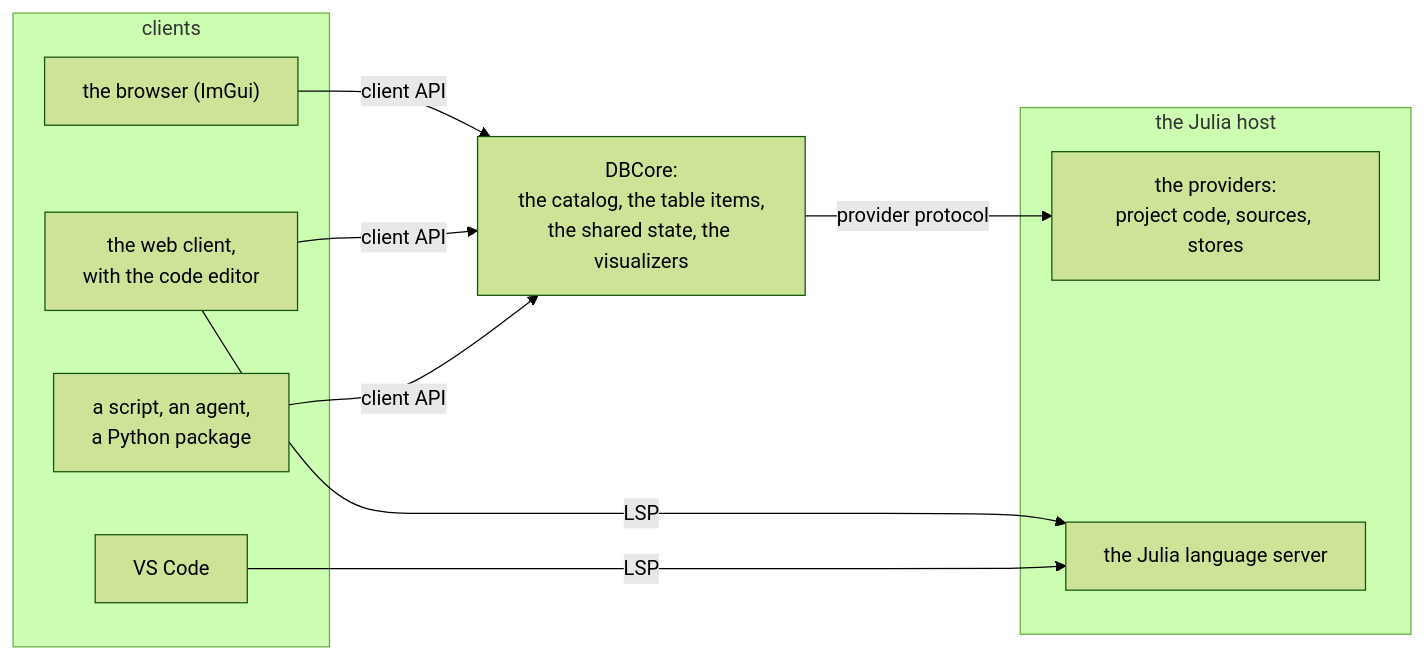
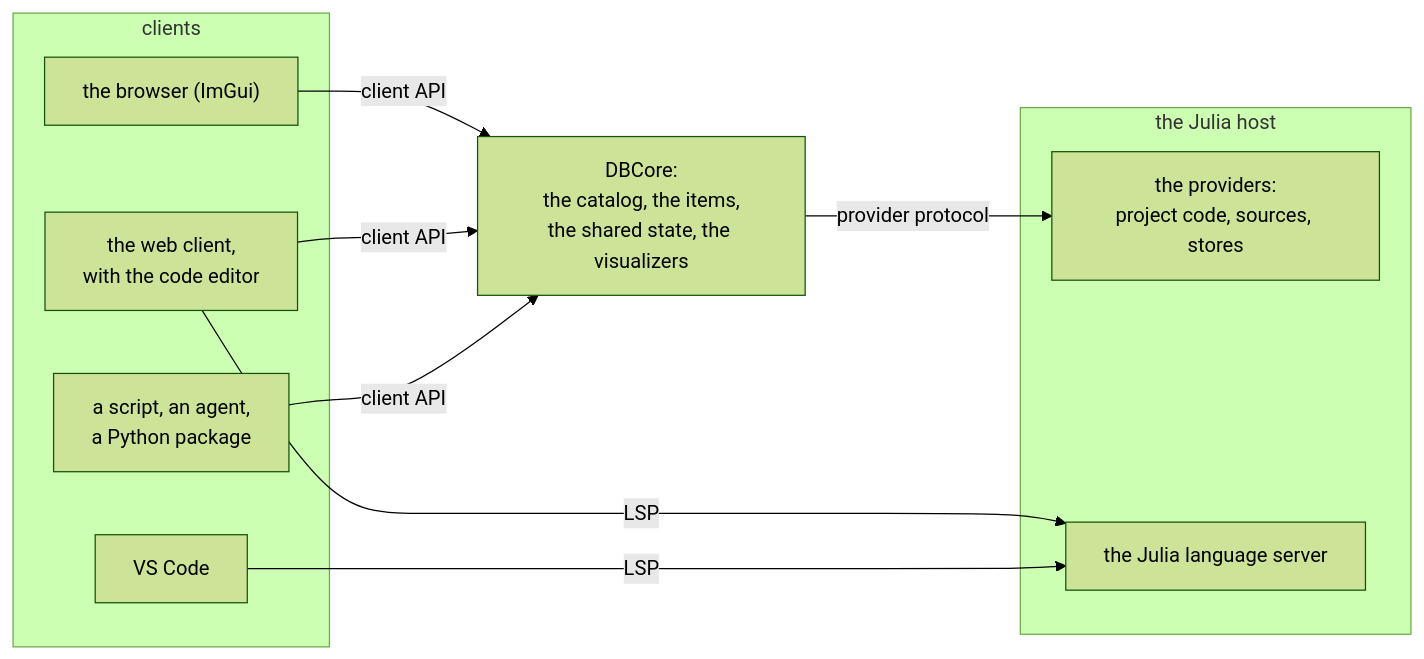
One commit to digiefel/DataBrowser changed the first of 2 diagrams in docs/plans/runtime-and-clients.md. Above: the diagram before and after it, drawn with Mermaid (forest theme). The commit also changed other lines of this file and 2 other files, not shown here.

Commit message:
Describe select and sort! in terms of items instead of rows, and the live code editor in the vision

````diff
--- a/docs/plans/runtime-and-clients.md
+++ b/docs/plans/runtime-and-clients.md
@@ -34,20 +34,20 @@
 ```mermaid
 flowchart LR
     subgraph clients["clients"]
         gui["the browser (ImGui)"]
         web["the web client,<br/>with the code editor"]
         script["a script, an agent,<br/>a Python package"]
         vscode["VS Code"]
     end
-    core["DBCore:<br/>the catalog, the table items,<br/>the shared state, the visualizers"]
+    core["DBCore:<br/>the catalog, the items,<br/>the shared state, the visualizers"]
     subgraph host["the Julia host"]
         providers["the providers:<br/>project code, sources, stores"]
         server["the Julia language server"]
     end
     gui -- "client API" --> core
     web -- "client API" --> core
     script -- "client API" --> core
     core -- "provider protocol" --> providers
     web -- "LSP" --> server
     vscode -- "LSP" --> server
 ```
````
